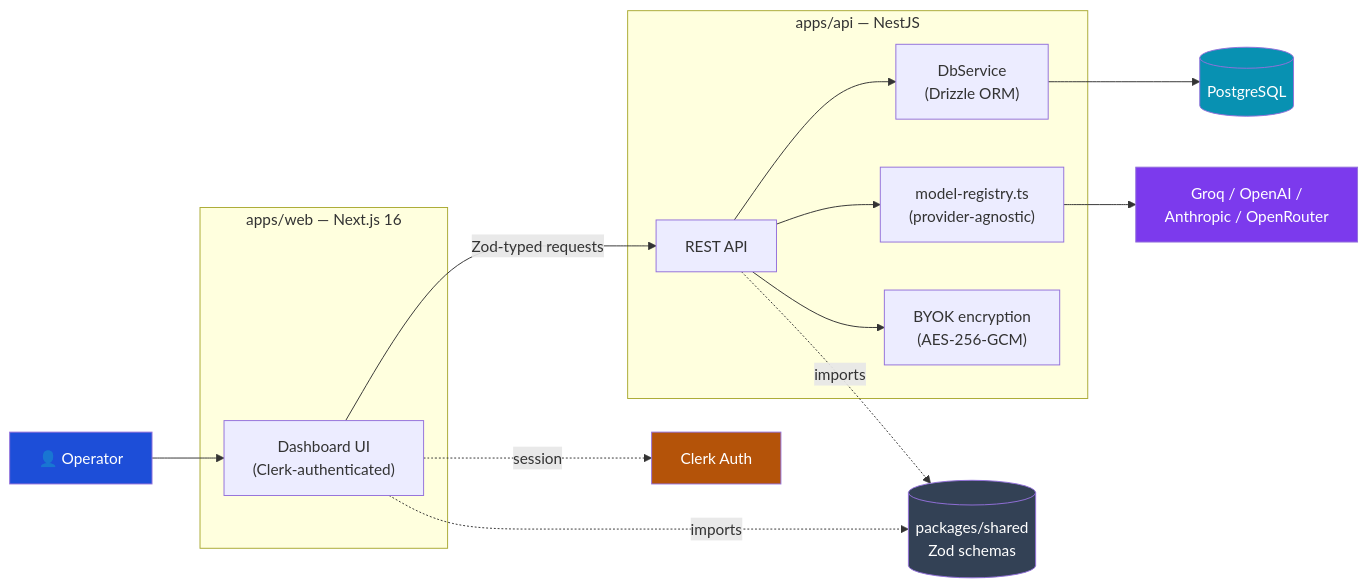
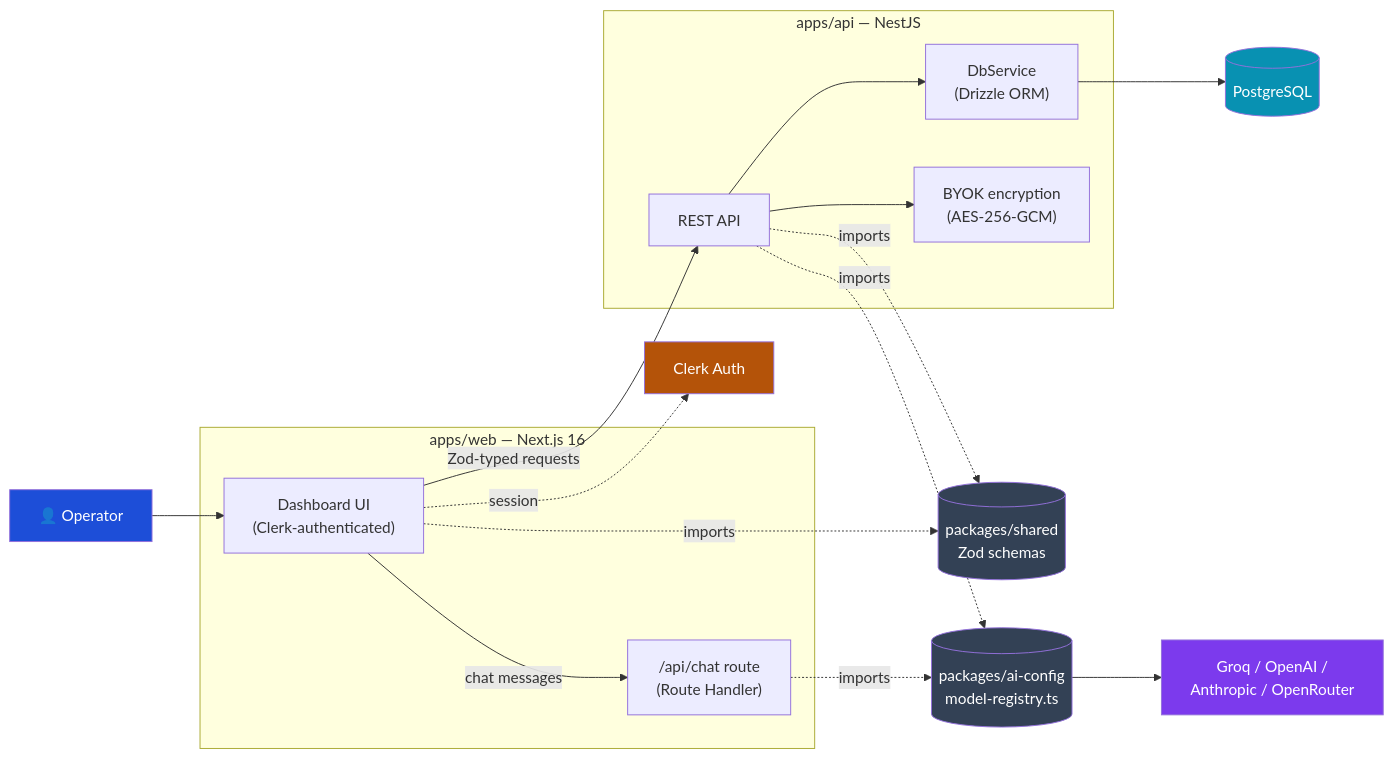
The first of 2 diagrams in README.md (m-ahmedbashir/gridstream-agent), drawn with Mermaid before and after one commit. The commit also changed other lines of this file and 22 other files, not shown here.

First line of the commit message:
feat: introduce ai-config package to centralize AI model registry

````diff
--- a/README.md
+++ b/README.md
@@ -30,34 +30,39 @@
 ```mermaid
 flowchart LR
     U["👤 Operator"] --> UI
 
     subgraph Frontend["apps/web — Next.js 16"]
         UI["Dashboard UI<br/>(Clerk-authenticated)"]
+        CHAT["/api/chat route<br/>(Route Handler)"]
     end
 
     subgraph Backend["apps/api — NestJS"]
         API["REST API"]
         DB_SVC["DbService<br/>(Drizzle ORM)"]
-        AI_SVC["model-registry.ts<br/>(provider-agnostic)"]
         CRYPTO["BYOK encryption<br/>(AES-256-GCM)"]
     end
 
     ZOD[("packages/shared<br/>Zod schemas")]
+    AI_CFG[("packages/ai-config<br/>model-registry.ts")]
     PG[("PostgreSQL")]
     PROVIDERS["Groq / OpenAI /<br/>Anthropic / OpenRouter"]
     CLERK["Clerk Auth"]
 
     UI -->|Zod-typed requests| API
+    UI -->|chat messages| CHAT
     UI -.->|session| CLERK
     API --> DB_SVC --> PG
-    API --> AI_SVC --> PROVIDERS
     API --> CRYPTO
+    API -.->|imports| AI_CFG
+    CHAT -.->|imports| AI_CFG
+    AI_CFG --> PROVIDERS
     UI -.->|imports| ZOD
     API -.->|imports| ZOD
 
     style U fill:#1d4ed8,color:#fff
     style PG fill:#0891b2,color:#fff
     style PROVIDERS fill:#7c3aed,color:#fff
     style CLERK fill:#b45309,color:#fff
     style ZOD fill:#334155,color:#fff
+    style AI_CFG fill:#334155,color:#fff
 ```
````
